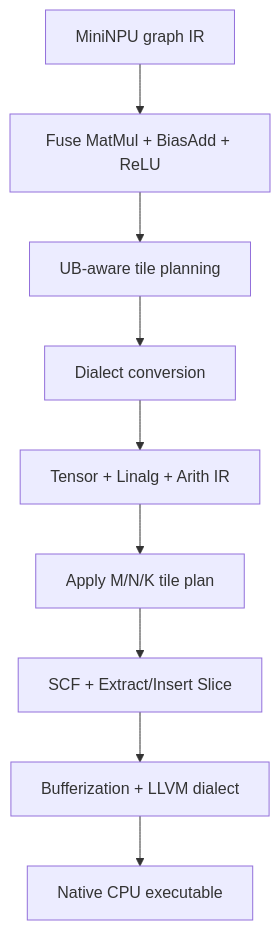
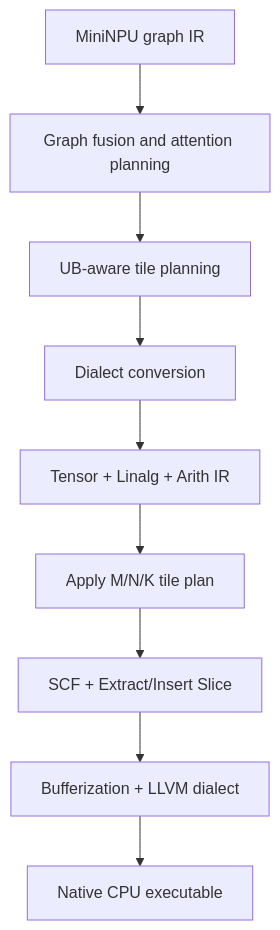
The diagram in README.md (fuxiangdu/mininpu-compiler), drawn with Mermaid before and after one commit. The commit also changed other lines of this file and 14 other files, not shown here.

Commit message:
feat(planning): analyze attention fusion boundaries

````diff
--- a/README.md
+++ b/README.md
@@ -20,11 +21,11 @@
 ```mermaid
 flowchart TD
-    A["MiniNPU graph IR"] --> B["Fuse MatMul + BiasAdd + ReLU"]
+    A["MiniNPU graph IR"] --> B["Graph fusion and attention planning"]
     B --> C["UB-aware tile planning"]
     C --> D["Dialect conversion"]
     D --> E["Tensor + Linalg + Arith IR"]
     E --> F["Apply M/N/K tile plan"]
     F --> G["SCF + Extract/Insert Slice"]
     G --> H["Bufferization + LLVM dialect"]
     H --> I["Native CPU executable"]
 ```
````
